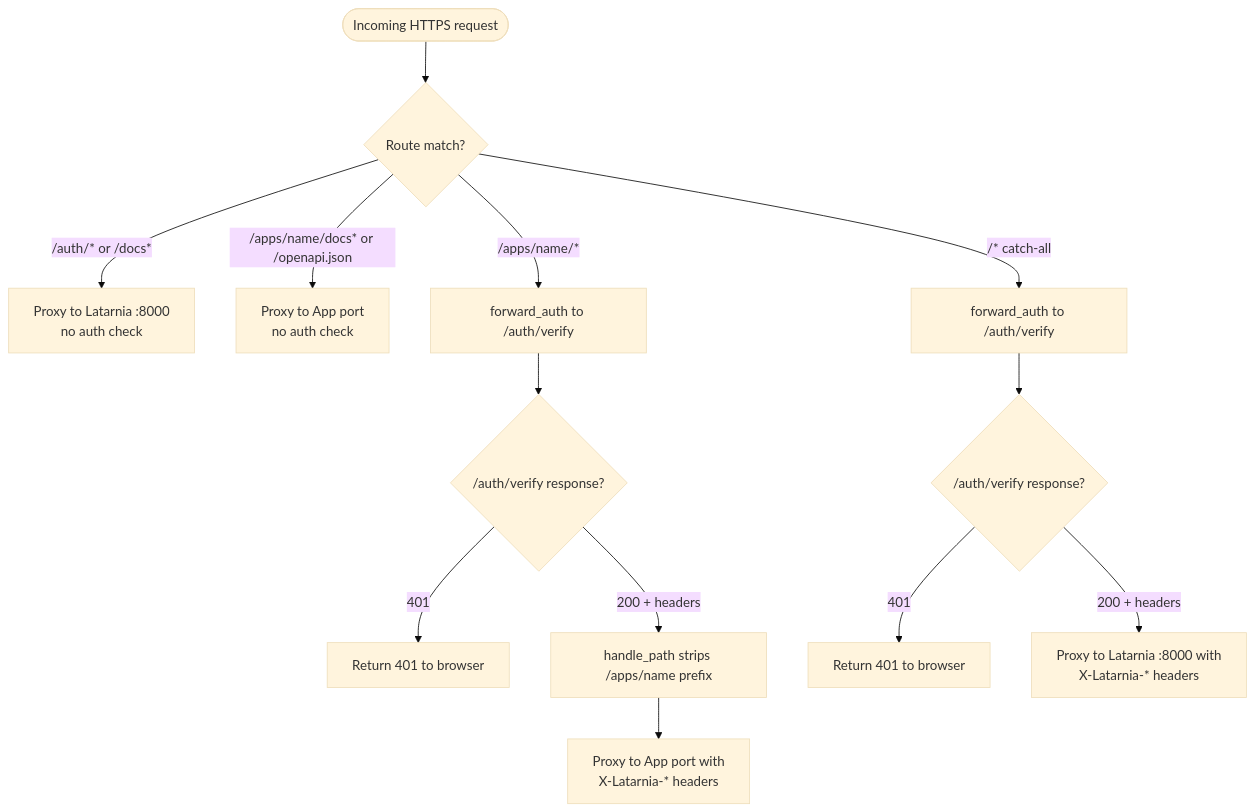
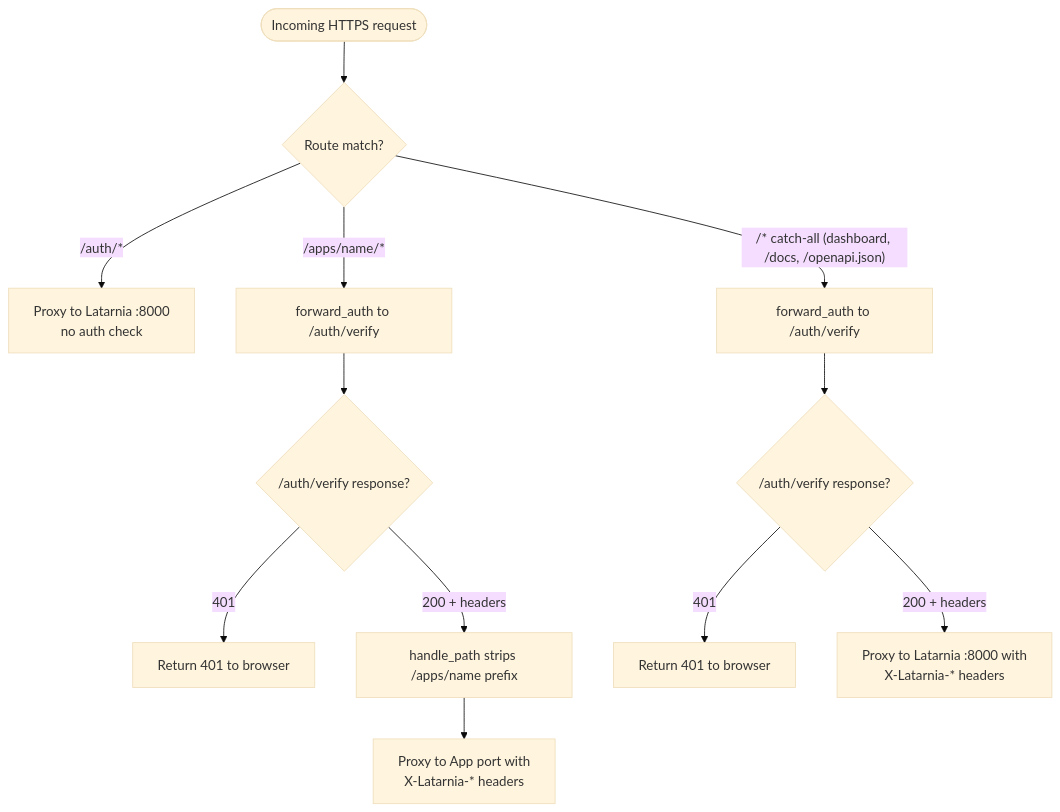
Before and after one commit to felipe-stanham/Latarnia: diagram 14 of 16 in docs/System/workflows.md, drawn with Mermaid (base theme). The commit also changed other lines of this file and 43 other files, not shown here.

````diff
--- a/docs/System/workflows.md
+++ b/docs/System/workflows.md
@@ -538,18 +540,17 @@
 ```mermaid
 flowchart TD
     Request([Incoming HTTPS request]) --> RouteMatch{Route match?}
 
-    RouteMatch -- "/auth/* or /docs*" --> PublicLatarnia[Proxy to Latarnia :8000<br/>no auth check]
-    RouteMatch -- "/apps/name/docs* or /openapi.json" --> PublicSwagger[Proxy to App port<br/>no auth check]
+    RouteMatch -- "/auth/*" --> PublicLatarnia[Proxy to Latarnia :8000<br/>no auth check]
     RouteMatch -- "/apps/name/*" --> ForwardAuth[forward_auth to /auth/verify]
-    RouteMatch -- "/* catch-all" --> ForwardAuthCatchAll[forward_auth to /auth/verify]
+    RouteMatch -- "/* catch-all (dashboard, /docs, /openapi.json)" --> ForwardAuthCatchAll[forward_auth to /auth/verify]
 
     ForwardAuth --> AuthOk{/auth/verify response?}
     AuthOk -- 401 --> Deny[Return 401 to browser]
     AuthOk -- 200 + headers --> StripPrefix[handle_path strips /apps/name prefix]
     StripPrefix --> ProxyApp[Proxy to App port with<br/>X-Latarnia-* headers]
 
     ForwardAuthCatchAll --> AuthOkCatchAll{/auth/verify response?}
     AuthOkCatchAll -- 401 --> DenyCatchAll[Return 401 to browser]
     AuthOkCatchAll -- 200 + headers --> ProxyLatarnia[Proxy to Latarnia :8000 with<br/>X-Latarnia-* headers]
 ```
````
